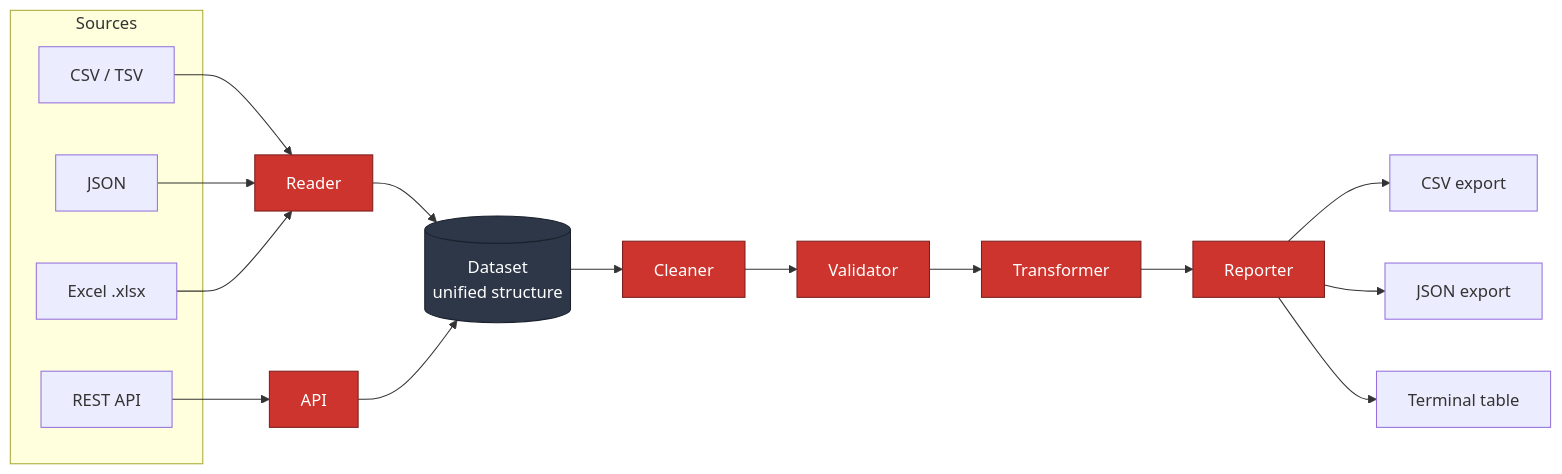
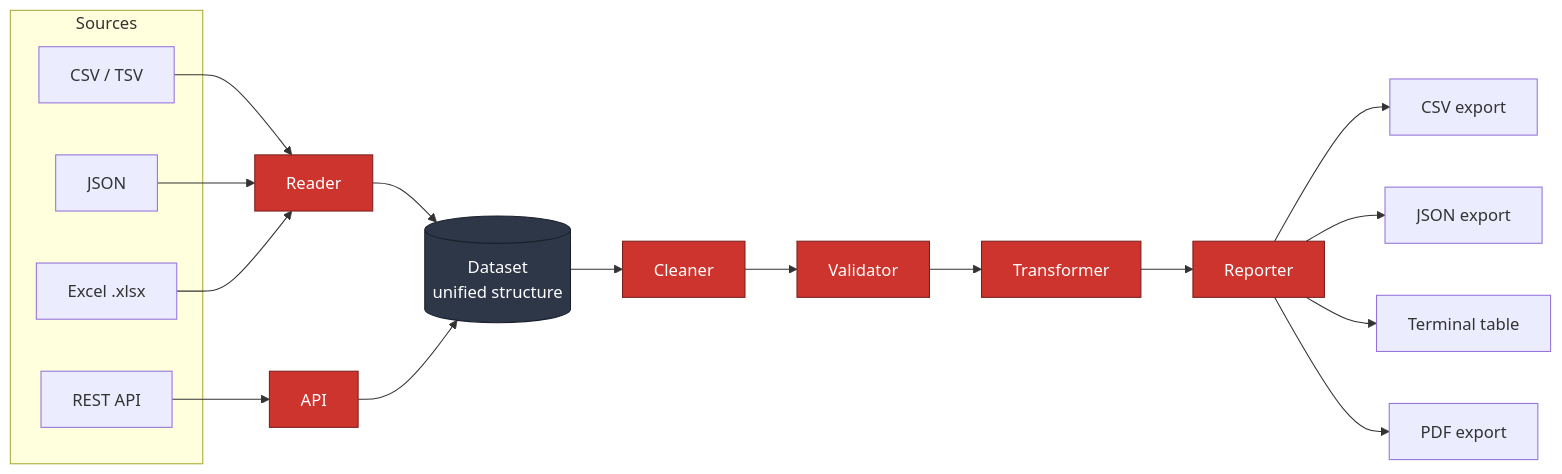
One commit to sja-thedude/DataCruncher changed the first of 2 diagrams in README.md. Above: the diagram before and after it, drawn with Mermaid. The commit also changed other lines of this file and 4 other files, not shown here.

First line of the commit message:
Document PDF export and add terminal screenshots

````diff
--- a/README.md
+++ b/README.md
@@ -74,29 +79,30 @@
 ```mermaid
 flowchart LR
     subgraph Sources
         A1[CSV / TSV]
         A2[JSON]
         A3[Excel .xlsx]
         A4[REST API]
     end
 
     A1 & A2 & A3 --> R[Reader]
     A4 --> API[API]
 
     R --> DS[(Dataset<br/>unified structure)]
     API --> DS
 
     DS --> C[Cleaner]
     C --> V[Validator]
     V --> T[Transformer]
     T --> REP[Reporter]
 
     REP --> O1[CSV export]
     REP --> O2[JSON export]
     REP --> O3[Terminal table]
+    REP --> O4[PDF export]
 
     classDef core fill:#CC342D,stroke:#7a1f1c,color:#fff;
     classDef store fill:#2d3748,stroke:#1a202c,color:#fff;
     class R,C,V,T,REP,API core;
     class DS store;
 ```
````
